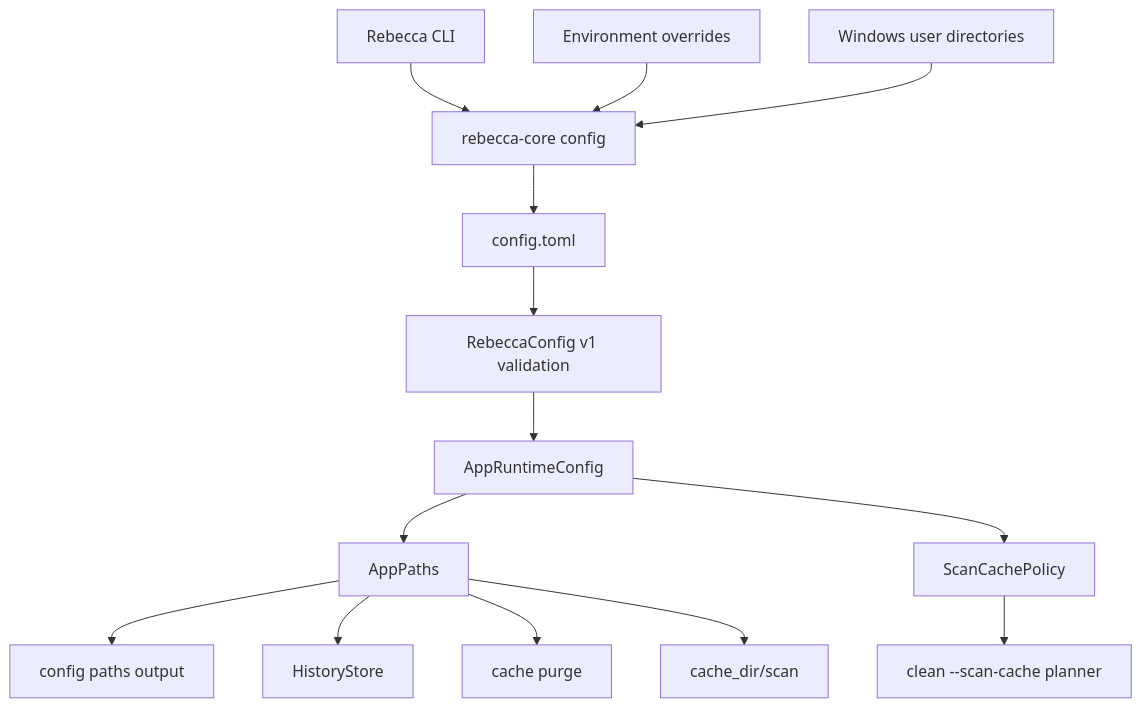
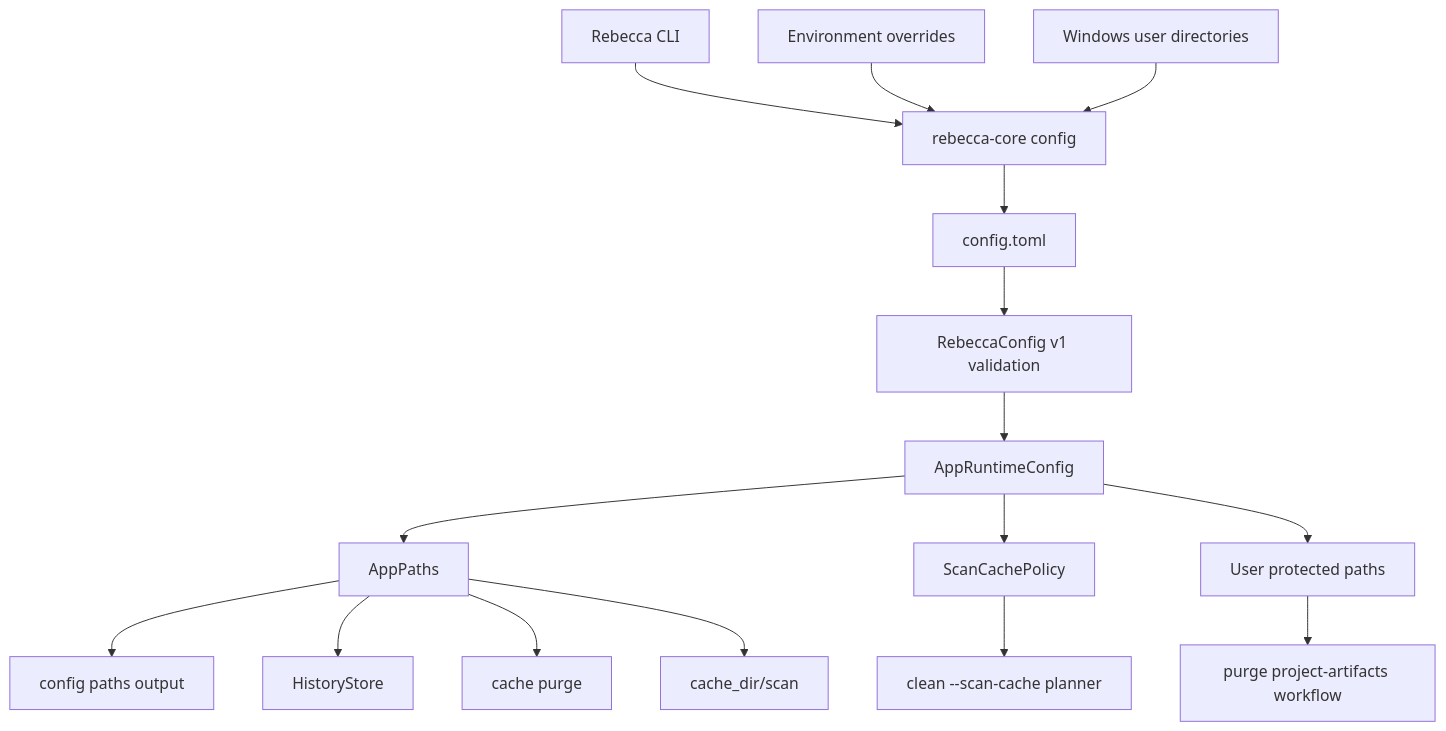
Before and after one commit to Latias94/rebecca: the diagram in docs/configuration.md, drawn with Mermaid. The commit also changed other lines of this file and 24 other files, not shown here.

First line of the commit message:
feat(cleanup): add protected project artifact purge

````diff
--- a/docs/configuration.md
+++ b/docs/configuration.md
@@ -28,16 +28,18 @@
 ```mermaid
 flowchart TD
   CLI[Rebecca CLI] --> CoreConfig[rebecca-core config]
   Env[Environment overrides] --> CoreConfig
   Defaults[Windows user directories] --> CoreConfig
   CoreConfig --> ConfigFile[config.toml]
   ConfigFile --> Schema[RebeccaConfig v1 validation]
   Schema --> Runtime[AppRuntimeConfig]
   Runtime --> Paths[AppPaths]
   Runtime --> ScanPolicy[ScanCachePolicy]
+  Runtime --> Protection[User protected paths]
   Paths --> ConfigPaths[config paths output]
   Paths --> History[HistoryStore]
   Paths --> CachePurge[cache purge]
   Paths --> ScanCache[cache_dir/scan]
   ScanPolicy --> Planner[clean --scan-cache planner]
+  Protection --> ProjectPurge[purge project-artifacts workflow]
 ```
````
